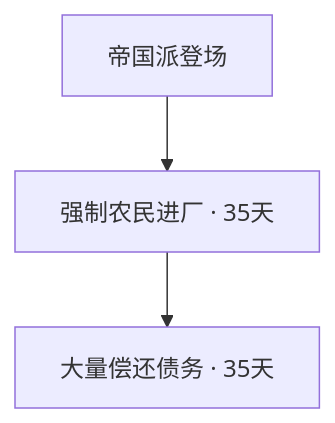
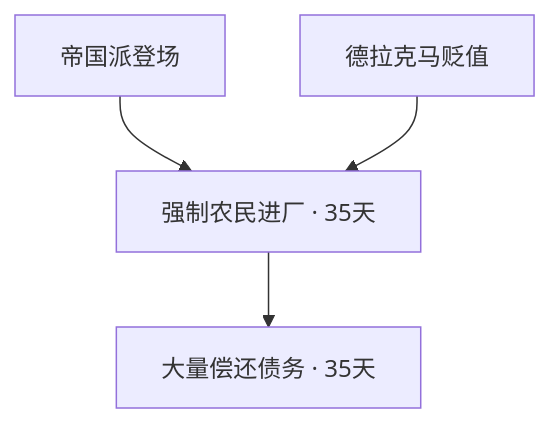
Before and after one commit to Harry-Liu23/Heart-Of-Iron-Roma-Empire-Mod: diagram 14 of 22 in docs/当前完整国策与效果.md, drawn with Mermaid. The commit also changed other lines of this file and 29 other files, not shown here.

````diff
--- a/docs/当前完整国策与效果.md
+++ b/docs/当前完整国策与效果.md
@@ -594,8 +580,10 @@
 ```mermaid
 flowchart TD
     RR_farmers["强制农民进厂 · 35天"]
     RR_empire["帝国派登场"]
     RR_empire --> RR_farmers
+    GRE_reevaluating_the_drachma["德拉克马贬值"]
+    GRE_reevaluating_the_drachma --> RR_farmers
     RR_bulk_debt["大量偿还债务 · 35天"]
     RR_farmers --> RR_bulk_debt
 ```
````
